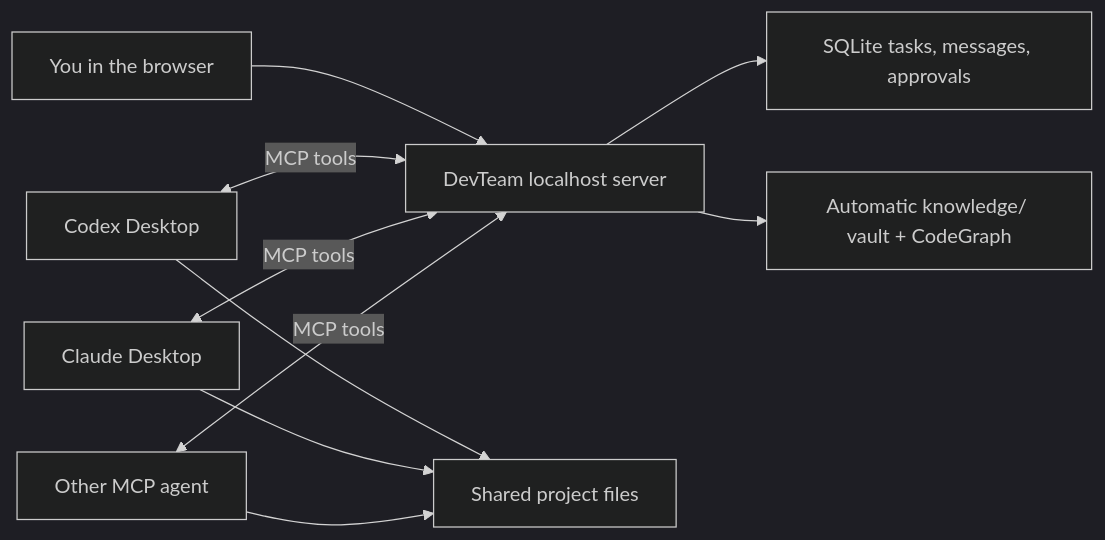
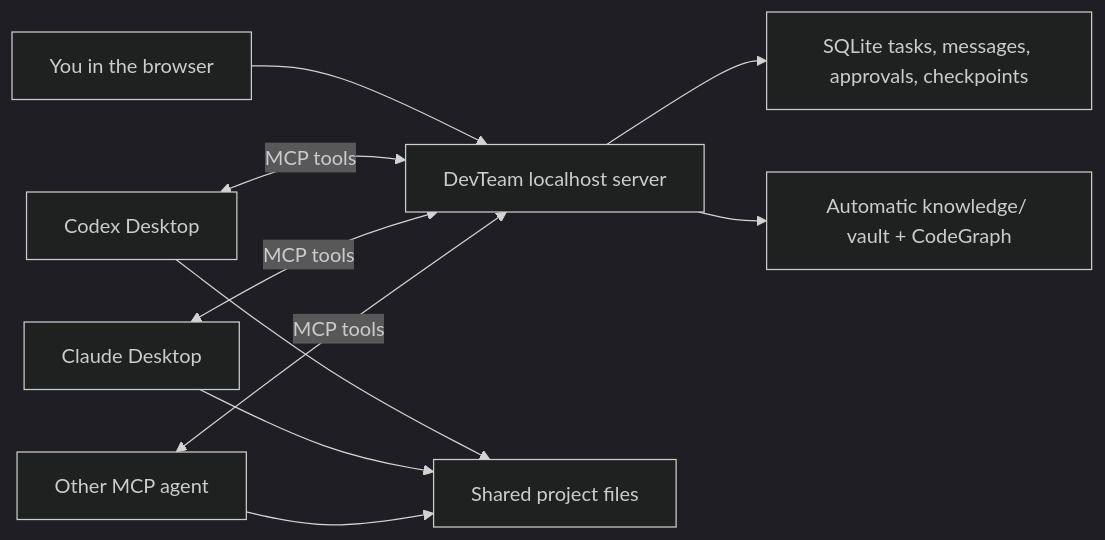
One commit to AlokaWarnakula/DevTeam changed the diagram in README.md. Above: the diagram before and after it, drawn with Mermaid (dark theme). The commit also changed other lines of this file and 10 other files, not shown here.

````diff
--- a/README.md
+++ b/README.md
@@ -23,12 +23,12 @@
 ```mermaid
 flowchart LR
     U["You in the browser"] --> D["DevTeam localhost server"]
     C["Codex Desktop"] <-->|"MCP tools"| D
     A["Claude Desktop"] <-->|"MCP tools"| D
     O["Other MCP agent"] <-->|"MCP tools"| D
-    D --> Q["SQLite tasks, messages, approvals"]
+    D --> Q["SQLite tasks, messages, approvals, checkpoints"]
     D --> K["Automatic knowledge/ vault + CodeGraph"]
     C --> W["Shared project files"]
     A --> W
     O --> W
 ```
````
